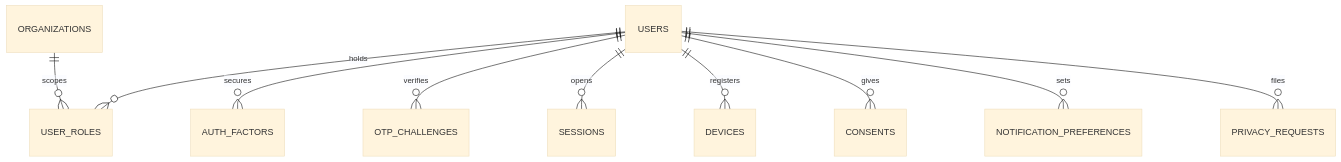
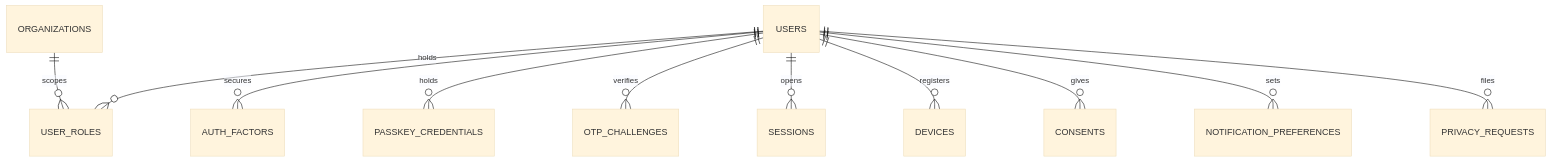
One commit to mohamedhabibwork/trips-enjoy-docs changed the diagram in content/docs/erd/domains/identity-and-access.mdx. Above: the diagram before and after it, drawn with Mermaid (base theme). The commit also changed other lines of this file and 214 other files, not shown here.

First line of the commit message:
feat(docs): upgrade documentation platform with bilingual tasks, mindmaps, end-to-end system and recommendations

````diff
--- a/content/docs/erd/domains/identity-and-access.mdx
+++ b/content/docs/erd/domains/identity-and-access.mdx
@@ -8,12 +8,13 @@
 ```mermaid
 erDiagram
 USERS ||--o{ USER_ROLES : holds
 USERS ||--o{ AUTH_FACTORS : secures
+USERS ||--o{ PASSKEY_CREDENTIALS : holds
 USERS ||--o{ OTP_CHALLENGES : verifies
 USERS ||--o{ SESSIONS : opens
 USERS ||--o{ DEVICES : registers
 USERS ||--o{ CONSENTS : gives
 USERS ||--o{ NOTIFICATION_PREFERENCES : sets
 USERS ||--o{ PRIVACY_REQUESTS : files
 ORGANIZATIONS ||--o{ USER_ROLES : scopes
 ```
````
